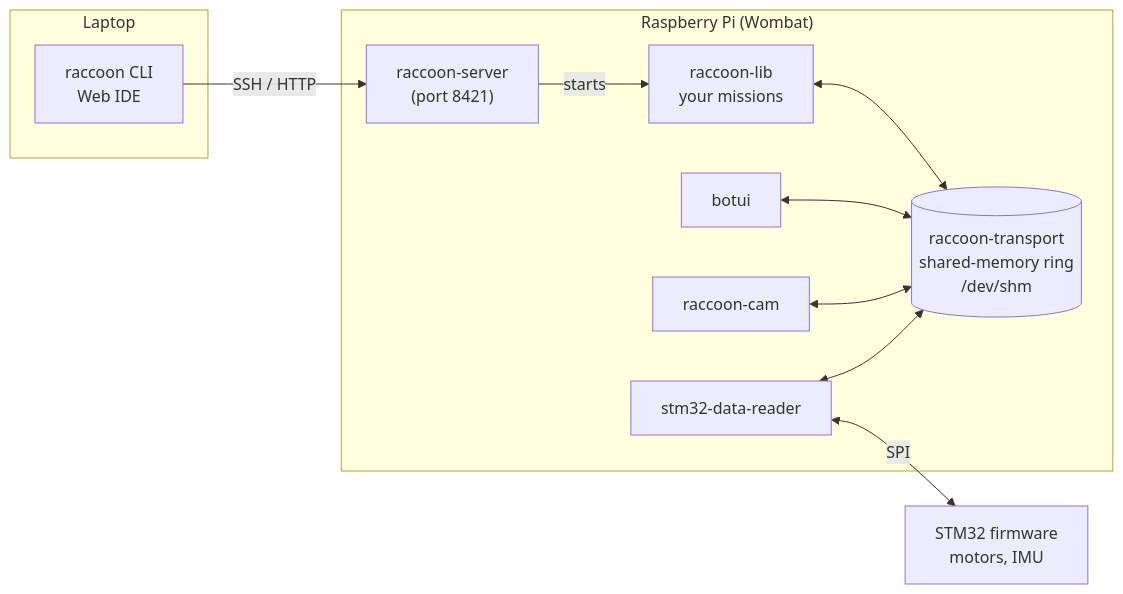
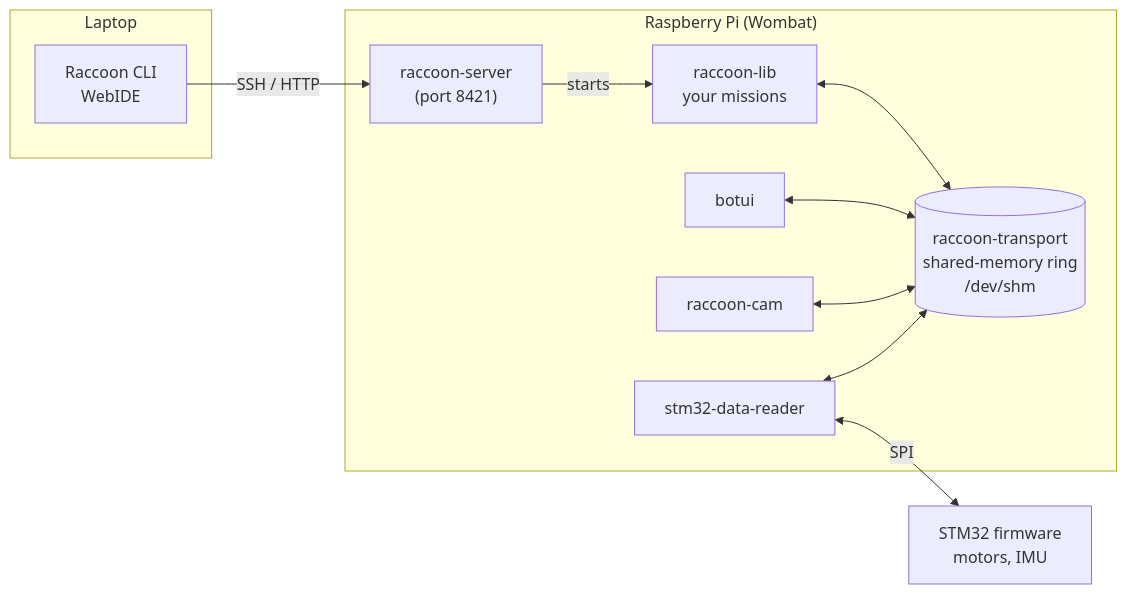
The diagram in content/06-advanced/_index.md (htl-stp-ecer/documentation), drawn with Mermaid before and after one commit. The commit also changed other lines of this file and 47 other files, not shown here.

````diff
--- a/content/06-advanced/_index.md
+++ b/content/06-advanced/_index.md
@@ -16,23 +16,23 @@
 ```mermaid
 flowchart LR
     subgraph Laptop
-        CLI["raccoon CLI<br/>Web IDE"]
+        CLI["Raccoon CLI<br/>WebIDE"]
     end
     subgraph Pi["Raspberry Pi (Wombat)"]
         SRV["raccoon-server<br/>(port 8421)"]
         LIB["raccoon-lib<br/>your missions"]
         BUS[("raccoon-transport<br/>shared-memory ring<br/>/dev/shm")]
         RDR["stm32-data-reader"]
         UI["botui"]
         CAM["raccoon-cam"]
     end
     MCU["STM32 firmware<br/>motors, IMU"]
 
     CLI -- "SSH / HTTP" --> SRV
     SRV -- "starts" --> LIB
     LIB <--> BUS
     UI <--> BUS
     CAM <--> BUS
     RDR <--> BUS
     RDR <-- "SPI" --> MCU
 ```
````
